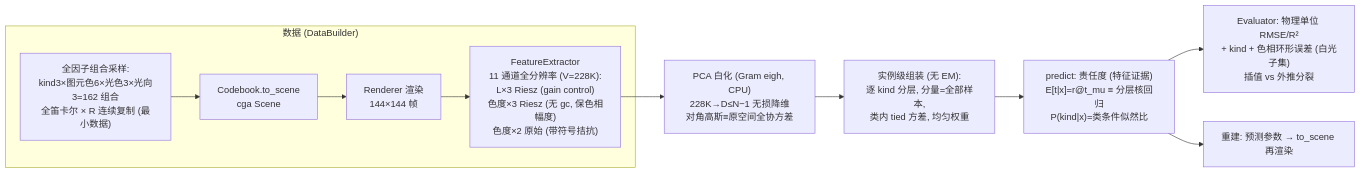
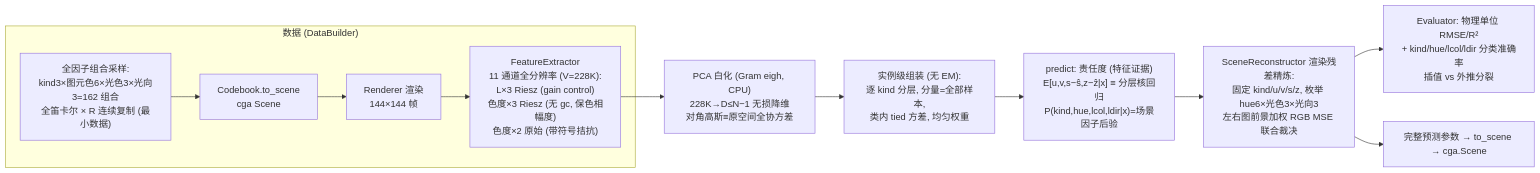
One commit to aki-xavier/conger changed the first of 5 diagrams in docs/architecture.md. Above: the diagram before and after it, drawn with Mermaid. The commit also changed other lines of this file and 14 other files, not shown here.

````diff
--- a/docs/architecture.md
+++ b/docs/architecture.md
@@ -19,14 +19,15 @@
 ```mermaid
 flowchart LR
     subgraph DATA["数据 (DataBuilder)"]
         SAMPLE["全因子组合采样:<br/>kind3×图元色6×光色3×光向3=162 组合<br/>全笛卡尔 × R 连续复制 (最小数据)"]
         --> SCENE["Codebook.to_scene<br/>cga Scene"]
         SCENE --> RENDER["Renderer 渲染<br/>144×144 帧"]
         RENDER --> FEAT["FeatureExtractor<br/>11 通道全分辨率 (V=228K):<br/>L×3 Riesz (gain control)<br/>色度×3 Riesz (无 gc, 保色相幅度)<br/>色度×2 原始 (带符号拮抗)"]
     end
     FEAT --> W["PCA 白化 (Gram eigh, CPU)<br/>228K→D≤N−1 无损降维<br/>对角高斯≡原空间全协方差"]
     W --> ASM["实例级组装 (无 EM):<br/>逐 kind 分层, 分量=全部样本,<br/>类内 tied 方差, 均匀权重"]
-    ASM --> PRED["predict: 责任度 (特征证据)<br/>E[t|x]=r@t_mu ≡ 分层核回归<br/>P(kind|x)=类条件似然比"]
-    PRED --> EVAL["Evaluator: 物理单位 RMSE/R²<br/>+ kind + 色相环形误差 (白光子集)<br/>插值 vs 外推分裂"]
-    PRED --> RECON["重建: 预测参数 → to_scene 再渲染"]
+    ASM --> PRED["predict: 责任度 (特征证据)<br/>E[u,v,s−ŝ,z−ẑ|x] ≡ 分层核回归<br/>P(kind,hue,lcol,ldir|x)=场景因子后验"]
+    PRED --> REFINE["SceneReconstructor 渲染残差精炼:<br/>固定 kind/u/v/s/z, 枚举 hue6×光色3×光向3<br/>左右图前景加权 RGB MSE 联合裁决"]
+    REFINE --> EVAL["Evaluator: 物理单位 RMSE/R²<br/>+ kind/hue/lcol/ldir 分类准确率<br/>插值 vs 外推分裂"]
+    REFINE --> RECON["完整预测参数 → to_scene → cga.Scene"]
 ```
````
